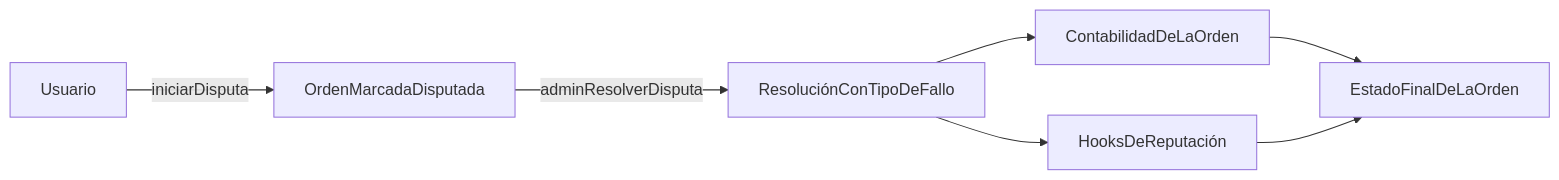
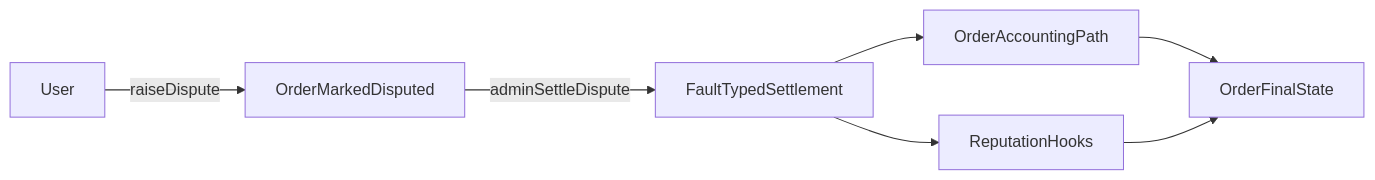
One commit to uditstocks/docs.p2pdotme changed the diagram in translations/es/for-builders/disputes.md. Above: the diagram before and after it, drawn with Mermaid. The commit also changed other lines of this file and 263 other files, not shown here.

````diff
--- a/translations/es/for-builders/disputes.md
+++ b/translations/es/for-builders/disputes.md
@@ -14,9 +14,9 @@
 ```mermaid
 flowchart LR
-    user[Usuario] -->|iniciarDisputa| disputed[OrdenMarcadaDisputada]
-    disputed -->|adminResolverDisputa| settle[ResoluciónConTipoDeFallo]
-    settle --> accounting[ContabilidadDeLaOrden]
-    settle --> rp[HooksDeReputación]
-    accounting --> final[EstadoFinalDeLaOrden]
+    user[User] -->|raiseDispute| disputed[OrderMarkedDisputed]
+    disputed -->|adminSettleDispute| settle[FaultTypedSettlement]
+    settle --> accounting[OrderAccountingPath]
+    settle --> rp[ReputationHooks]
+    accounting --> final[OrderFinalState]
     rp --> final
 ```
````
